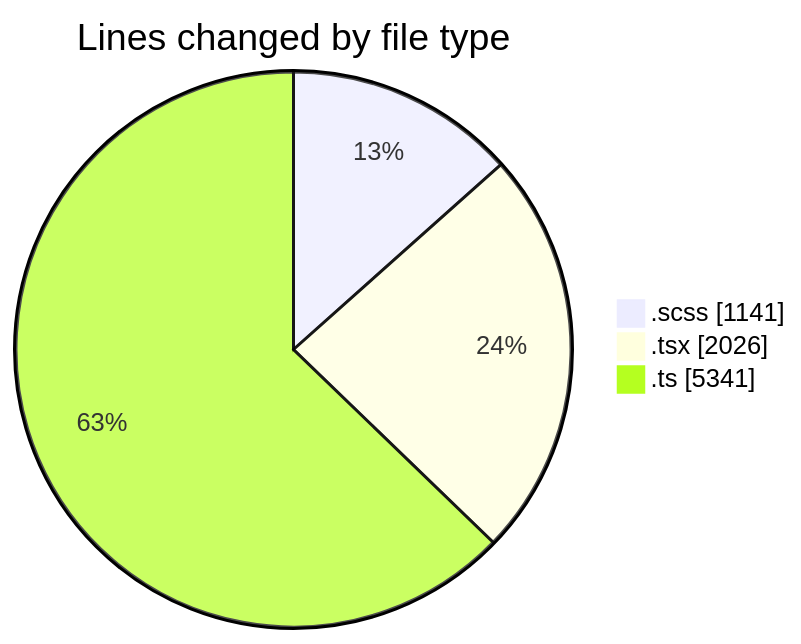
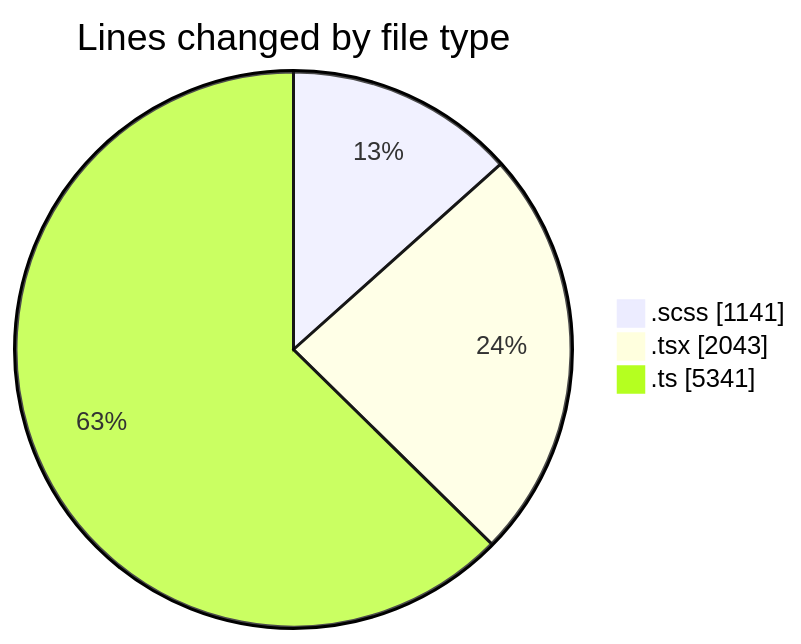
One commit to momahboobian/code-tracking changed the first of 2 diagrams in 2025-03-28/cda/README.md. Above: the diagram before and after it, drawn with Mermaid. The commit also changed other lines of this file and 1 other file, not shown here.

````diff
--- a/2025-03-28/cda/README.md
+++ b/2025-03-28/cda/README.md
@@ -34,7 +34,7 @@
 ```mermaid
 pie showData
 title Lines changed by file type
 ".scss" : 1141
-".tsx" : 2026
+".tsx" : 2043
 ".ts" : 5341
 ```
````
